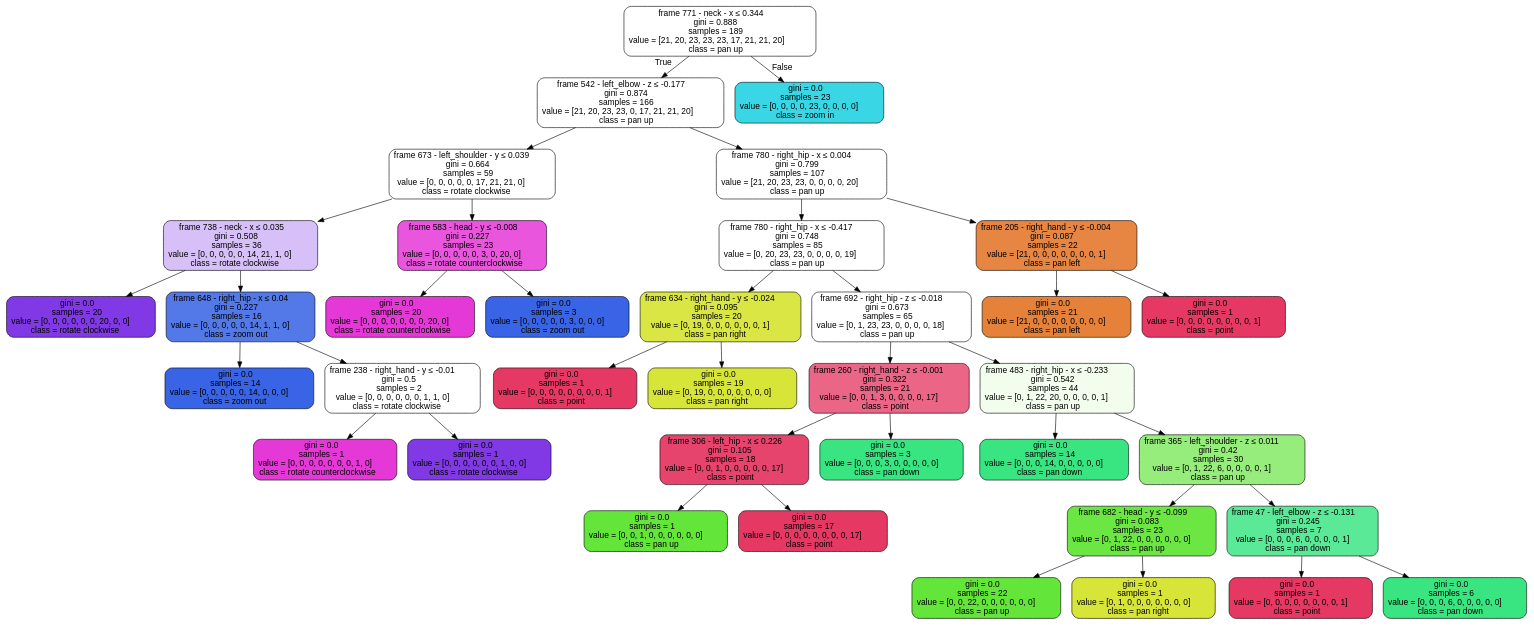
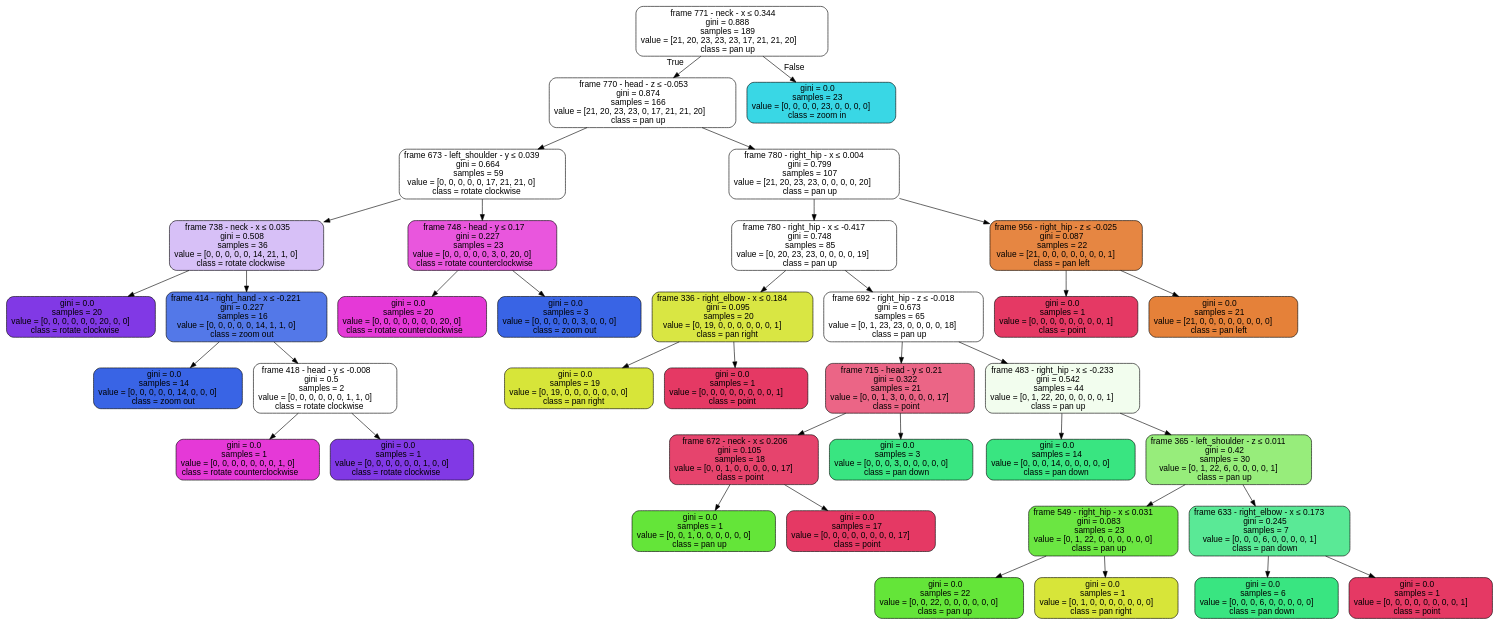
One commit to peterg17/6.835 changed the diagram in miniproj2/tree.dot. Above: the diagram before and after it, drawn with Graphviz. The commit also changed 2 other files, not shown here.

```diff
--- a/miniproj2/tree.dot
+++ b/miniproj2/tree.dot
@@ -1,77 +1,77 @@
 digraph Tree {
 node [shape=box, style="filled, rounded", color="black", fontname=helvetica] ;
 edge [fontname=helvetica] ;
 0 [label=<frame 771 - neck - x &le; 0.344<br/>gini = 0.888<br/>samples = 189<br/>value = [21, 20, 23, 23, 23, 17, 21, 21, 20]<br/>class = pan up>, fillcolor="#64e53900"] ;
-1 [label=<frame 542 - left_elbow - z &le; -0.177<br/>gini = 0.874<br/>samples = 166<br/>value = [21, 20, 23, 23, 0, 17, 21, 21, 20]<br/>class = pan up>, fillcolor="#64e53900"] ;
+1 [label=<frame 770 - head - z &le; -0.053<br/>gini = 0.874<br/>samples = 166<br/>value = [21, 20, 23, 23, 0, 17, 21, 21, 20]<br/>class = pan up>, fillcolor="#64e53900"] ;
 0 -> 1 [labeldistance=2.5, labelangle=45, headlabel="True"] ;
 2 [label=<frame 673 - left_shoulder - y &le; 0.039<br/>gini = 0.664<br/>samples = 59<br/>value = [0, 0, 0, 0, 0, 17, 21, 21, 0]<br/>class = rotate clockwise>, fillcolor="#8139e500"] ;
 1 -> 2 ;
 3 [label=<frame 738 - neck - x &le; 0.035<br/>gini = 0.508<br/>samples = 36<br/>value = [0, 0, 0, 0, 0, 14, 21, 1, 0]<br/>class = rotate clockwise>, fillcolor="#8139e551"] ;
 2 -> 3 ;
 4 [label=<gini = 0.0<br/>samples = 20<br/>value = [0, 0, 0, 0, 0, 0, 20, 0, 0]<br/>class = rotate clockwise>, fillcolor="#8139e5ff"] ;
 3 -> 4 ;
-5 [label=<frame 648 - right_hip - x &le; 0.04<br/>gini = 0.227<br/>samples = 16<br/>value = [0, 0, 0, 0, 0, 14, 1, 1, 0]<br/>class = zoom out>, fillcolor="#3964e5dd"] ;
+5 [label=<frame 414 - right_hand - x &le; -0.221<br/>gini = 0.227<br/>samples = 16<br/>value = [0, 0, 0, 0, 0, 14, 1, 1, 0]<br/>class = zoom out>, fillcolor="#3964e5dd"] ;
 3 -> 5 ;
 6 [label=<gini = 0.0<br/>samples = 14<br/>value = [0, 0, 0, 0, 0, 14, 0, 0, 0]<br/>class = zoom out>, fillcolor="#3964e5ff"] ;
 5 -> 6 ;
-7 [label=<frame 238 - right_hand - y &le; -0.01<br/>gini = 0.5<br/>samples = 2<br/>value = [0, 0, 0, 0, 0, 0, 1, 1, 0]<br/>class = rotate clockwise>, fillcolor="#8139e500"] ;
+7 [label=<frame 418 - head - y &le; -0.008<br/>gini = 0.5<br/>samples = 2<br/>value = [0, 0, 0, 0, 0, 0, 1, 1, 0]<br/>class = rotate clockwise>, fillcolor="#8139e500"] ;
 5 -> 7 ;
 8 [label=<gini = 0.0<br/>samples = 1<br/>value = [0, 0, 0, 0, 0, 0, 0, 1, 0]<br/>class = rotate counterclockwise>, fillcolor="#e539d7ff"] ;
 7 -> 8 ;
 9 [label=<gini = 0.0<br/>samples = 1<br/>value = [0, 0, 0, 0, 0, 0, 1, 0, 0]<br/>class = rotate clockwise>, fillcolor="#8139e5ff"] ;
 7 -> 9 ;
-10 [label=<frame 583 - head - y &le; -0.008<br/>gini = 0.227<br/>samples = 23<br/>value = [0, 0, 0, 0, 0, 3, 0, 20, 0]<br/>class = rotate counterclockwise>, fillcolor="#e539d7d9"] ;
+10 [label=<frame 748 - head - y &le; 0.17<br/>gini = 0.227<br/>samples = 23<br/>value = [0, 0, 0, 0, 0, 3, 0, 20, 0]<br/>class = rotate counterclockwise>, fillcolor="#e539d7d9"] ;
 2 -> 10 ;
 11 [label=<gini = 0.0<br/>samples = 20<br/>value = [0, 0, 0, 0, 0, 0, 0, 20, 0]<br/>class = rotate counterclockwise>, fillcolor="#e539d7ff"] ;
 10 -> 11 ;
 12 [label=<gini = 0.0<br/>samples = 3<br/>value = [0, 0, 0, 0, 0, 3, 0, 0, 0]<br/>class = zoom out>, fillcolor="#3964e5ff"] ;
 10 -> 12 ;
 13 [label=<frame 780 - right_hip - x &le; 0.004<br/>gini = 0.799<br/>samples = 107<br/>value = [21, 20, 23, 23, 0, 0, 0, 0, 20]<br/>class = pan up>, fillcolor="#64e53900"] ;
 1 -> 13 ;
 14 [label=<frame 780 - right_hip - x &le; -0.417<br/>gini = 0.748<br/>samples = 85<br/>value = [0, 20, 23, 23, 0, 0, 0, 0, 19]<br/>class = pan up>, fillcolor="#64e53900"] ;
 13 -> 14 ;
-15 [label=<frame 634 - right_hand - y &le; -0.024<br/>gini = 0.095<br/>samples = 20<br/>value = [0, 19, 0, 0, 0, 0, 0, 0, 1]<br/>class = pan right>, fillcolor="#d7e539f2"] ;
+15 [label=<frame 336 - right_elbow - x &le; 0.184<br/>gini = 0.095<br/>samples = 20<br/>value = [0, 19, 0, 0, 0, 0, 0, 0, 1]<br/>class = pan right>, fillcolor="#d7e539f2"] ;
 14 -> 15 ;
-16 [label=<gini = 0.0<br/>samples = 1<br/>value = [0, 0, 0, 0, 0, 0, 0, 0, 1]<br/>class = point>, fillcolor="#e53964ff"] ;
+16 [label=<gini = 0.0<br/>samples = 19<br/>value = [0, 19, 0, 0, 0, 0, 0, 0, 0]<br/>class = pan right>, fillcolor="#d7e539ff"] ;
 15 -> 16 ;
-17 [label=<gini = 0.0<br/>samples = 19<br/>value = [0, 19, 0, 0, 0, 0, 0, 0, 0]<br/>class = pan right>, fillcolor="#d7e539ff"] ;
+17 [label=<gini = 0.0<br/>samples = 1<br/>value = [0, 0, 0, 0, 0, 0, 0, 0, 1]<br/>class = point>, fillcolor="#e53964ff"] ;
 15 -> 17 ;
 18 [label=<frame 692 - right_hip - z &le; -0.018<br/>gini = 0.673<br/>samples = 65<br/>value = [0, 1, 23, 23, 0, 0, 0, 0, 18]<br/>class = pan up>, fillcolor="#64e53900"] ;
 14 -> 18 ;
-19 [label=<frame 260 - right_hand - z &le; -0.001<br/>gini = 0.322<br/>samples = 21<br/>value = [0, 0, 1, 3, 0, 0, 0, 0, 17]<br/>class = point>, fillcolor="#e53964c6"] ;
+19 [label=<frame 715 - head - y &le; 0.21<br/>gini = 0.322<br/>samples = 21<br/>value = [0, 0, 1, 3, 0, 0, 0, 0, 17]<br/>class = point>, fillcolor="#e53964c6"] ;
 18 -> 19 ;
-20 [label=<frame 306 - left_hip - x &le; 0.226<br/>gini = 0.105<br/>samples = 18<br/>value = [0, 0, 1, 0, 0, 0, 0, 0, 17]<br/>class = point>, fillcolor="#e53964f0"] ;
+20 [label=<frame 672 - neck - x &le; 0.206<br/>gini = 0.105<br/>samples = 18<br/>value = [0, 0, 1, 0, 0, 0, 0, 0, 17]<br/>class = point>, fillcolor="#e53964f0"] ;
 19 -> 20 ;
 21 [label=<gini = 0.0<br/>samples = 1<br/>value = [0, 0, 1, 0, 0, 0, 0, 0, 0]<br/>class = pan up>, fillcolor="#64e539ff"] ;
 20 -> 21 ;
 22 [label=<gini = 0.0<br/>samples = 17<br/>value = [0, 0, 0, 0, 0, 0, 0, 0, 17]<br/>class = point>, fillcolor="#e53964ff"] ;
 20 -> 22 ;
 23 [label=<gini = 0.0<br/>samples = 3<br/>value = [0, 0, 0, 3, 0, 0, 0, 0, 0]<br/>class = pan down>, fillcolor="#39e581ff"] ;
 19 -> 23 ;
 24 [label=<frame 483 - right_hip - x &le; -0.233<br/>gini = 0.542<br/>samples = 44<br/>value = [0, 1, 22, 20, 0, 0, 0, 0, 1]<br/>class = pan up>, fillcolor="#64e53915"] ;
 18 -> 24 ;
 25 [label=<gini = 0.0<br/>samples = 14<br/>value = [0, 0, 0, 14, 0, 0, 0, 0, 0]<br/>class = pan down>, fillcolor="#39e581ff"] ;
 24 -> 25 ;
 26 [label=<frame 365 - left_shoulder - z &le; 0.011<br/>gini = 0.42<br/>samples = 30<br/>value = [0, 1, 22, 6, 0, 0, 0, 0, 1]<br/>class = pan up>, fillcolor="#64e539aa"] ;
 24 -> 26 ;
-27 [label=<frame 682 - head - y &le; -0.099<br/>gini = 0.083<br/>samples = 23<br/>value = [0, 1, 22, 0, 0, 0, 0, 0, 0]<br/>class = pan up>, fillcolor="#64e539f3"] ;
+27 [label=<frame 549 - right_hip - x &le; 0.031<br/>gini = 0.083<br/>samples = 23<br/>value = [0, 1, 22, 0, 0, 0, 0, 0, 0]<br/>class = pan up>, fillcolor="#64e539f3"] ;
 26 -> 27 ;
 28 [label=<gini = 0.0<br/>samples = 22<br/>value = [0, 0, 22, 0, 0, 0, 0, 0, 0]<br/>class = pan up>, fillcolor="#64e539ff"] ;
 27 -> 28 ;
 29 [label=<gini = 0.0<br/>samples = 1<br/>value = [0, 1, 0, 0, 0, 0, 0, 0, 0]<br/>class = pan right>, fillcolor="#d7e539ff"] ;
 27 -> 29 ;
-30 [label=<frame 47 - left_elbow - z &le; -0.131<br/>gini = 0.245<br/>samples = 7<br/>value = [0, 0, 0, 6, 0, 0, 0, 0, 1]<br/>class = pan down>, fillcolor="#39e581d4"] ;
+30 [label=<frame 633 - right_elbow - x &le; 0.173<br/>gini = 0.245<br/>samples = 7<br/>value = [0, 0, 0, 6, 0, 0, 0, 0, 1]<br/>class = pan down>, fillcolor="#39e581d4"] ;
 26 -> 30 ;
-31 [label=<gini = 0.0<br/>samples = 1<br/>value = [0, 0, 0, 0, 0, 0, 0, 0, 1]<br/>class = point>, fillcolor="#e53964ff"] ;
+31 [label=<gini = 0.0<br/>samples = 6<br/>value = [0, 0, 0, 6, 0, 0, 0, 0, 0]<br/>class = pan down>, fillcolor="#39e581ff"] ;
 30 -> 31 ;
-32 [label=<gini = 0.0<br/>samples = 6<br/>value = [0, 0, 0, 6, 0, 0, 0, 0, 0]<br/>class = pan down>, fillcolor="#39e581ff"] ;
+32 [label=<gini = 0.0<br/>samples = 1<br/>value = [0, 0, 0, 0, 0, 0, 0, 0, 1]<br/>class = point>, fillcolor="#e53964ff"] ;
 30 -> 32 ;
-33 [label=<frame 205 - right_hand - y &le; -0.004<br/>gini = 0.087<br/>samples = 22<br/>value = [21, 0, 0, 0, 0, 0, 0, 0, 1]<br/>class = pan left>, fillcolor="#e58139f3"] ;
+33 [label=<frame 956 - right_hip - z &le; -0.025<br/>gini = 0.087<br/>samples = 22<br/>value = [21, 0, 0, 0, 0, 0, 0, 0, 1]<br/>class = pan left>, fillcolor="#e58139f3"] ;
 13 -> 33 ;
-34 [label=<gini = 0.0<br/>samples = 21<br/>value = [21, 0, 0, 0, 0, 0, 0, 0, 0]<br/>class = pan left>, fillcolor="#e58139ff"] ;
+34 [label=<gini = 0.0<br/>samples = 1<br/>value = [0, 0, 0, 0, 0, 0, 0, 0, 1]<br/>class = point>, fillcolor="#e53964ff"] ;
 33 -> 34 ;
-35 [label=<gini = 0.0<br/>samples = 1<br/>value = [0, 0, 0, 0, 0, 0, 0, 0, 1]<br/>class = point>, fillcolor="#e53964ff"] ;
+35 [label=<gini = 0.0<br/>samples = 21<br/>value = [21, 0, 0, 0, 0, 0, 0, 0, 0]<br/>class = pan left>, fillcolor="#e58139ff"] ;
 33 -> 35 ;
 36 [label=<gini = 0.0<br/>samples = 23<br/>value = [0, 0, 0, 0, 23, 0, 0, 0, 0]<br/>class = zoom in>, fillcolor="#39d7e5ff"] ;
 0 -> 36 [labeldistance=2.5, labelangle=-45, headlabel="False"] ;
 }
```
